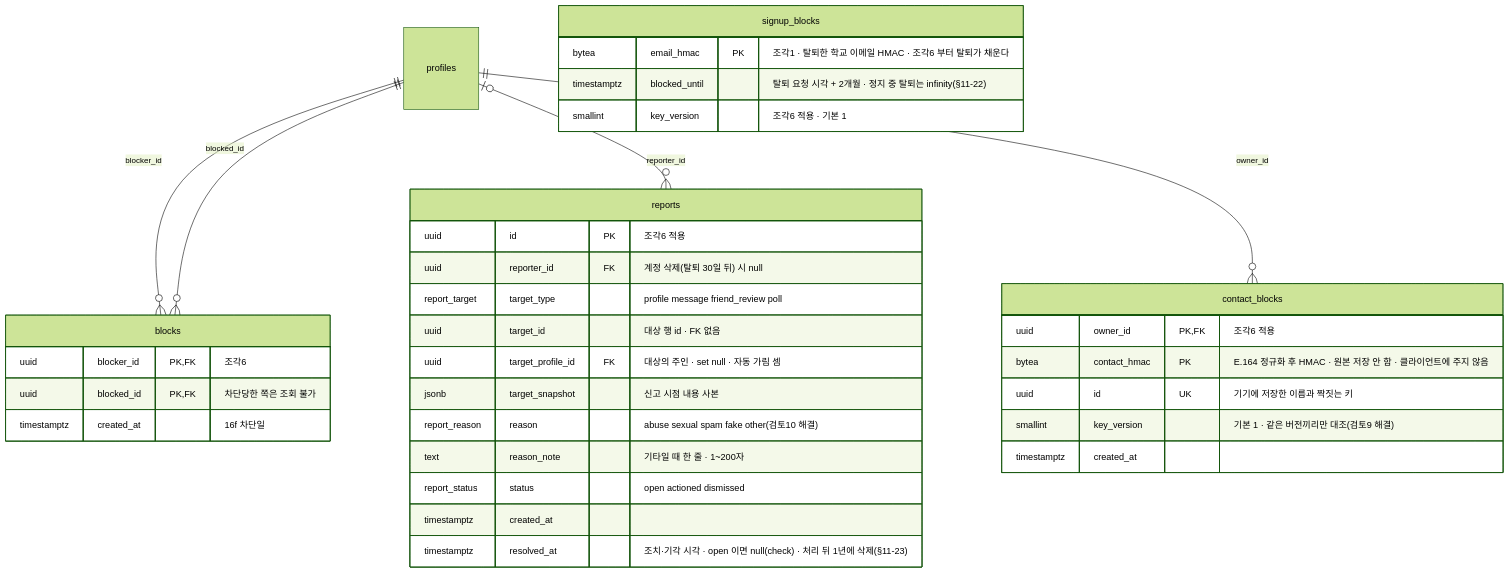
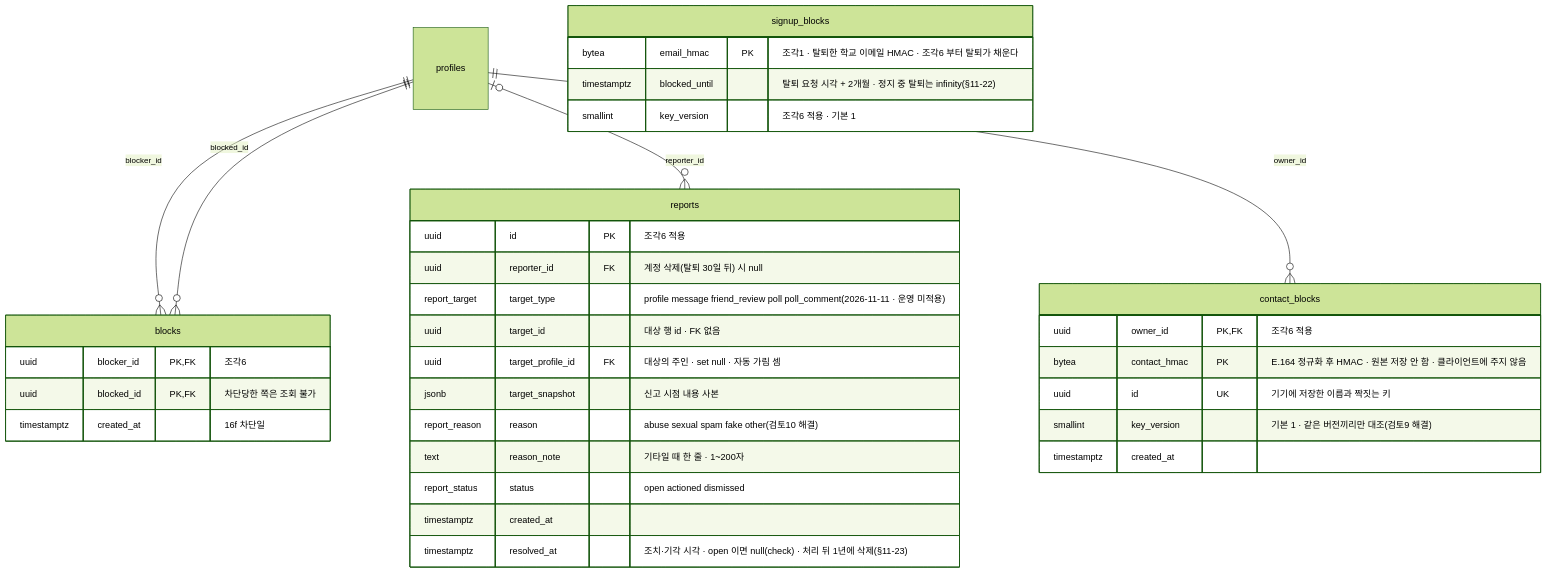
The fourth of 6 diagrams in docs/ERD.md (Ju-unn/Campus_mate_compose), drawn with Mermaid (forest theme) before and after one commit. The commit also changed other lines of this file and 2 other files, not shown here.

First line of the commit message:
📝 docs: ERD · ERD_DECISIONS · SUPABASE 에 문의 · 댓글 · 문자 인증 표와 운영 미적용 상태 반영

````diff
--- a/docs/ERD.md
+++ b/docs/ERD.md
@@ -531,42 +556,42 @@
 ```mermaid
 %%{init: {'er': {'diagramPadding': 40, 'entityPadding': 25}}}%%
 erDiagram
     profiles ||--o{ blocks : "blocker_id"
     profiles ||--o{ blocks : "blocked_id"
     profiles |o--o{ reports : "reporter_id"
     profiles ||--o{ contact_blocks : "owner_id"
 
     blocks {
         uuid blocker_id PK, FK "조각6"
         uuid blocked_id PK, FK "차단당한 쪽은 조회 불가"
         timestamptz created_at "16f 차단일"
     }
 
     reports {
         uuid id PK "조각6 적용"
         uuid reporter_id FK "계정 삭제(탈퇴 30일 뒤) 시 null"
-        report_target target_type "profile message friend_review poll"
+        report_target target_type "profile message friend_review poll poll_comment(2026-11-11 · 운영 미적용)"
         uuid target_id "대상 행 id · FK 없음"
         uuid target_profile_id FK "대상의 주인 · set null · 자동 가림 셈"
         jsonb target_snapshot "신고 시점 내용 사본"
         report_reason reason "abuse sexual spam fake other(검토10 해결)"
         text reason_note "기타일 때 한 줄 · 1~200자"
         report_status status "open actioned dismissed"
         timestamptz created_at
         timestamptz resolved_at "조치·기각 시각 · open 이면 null(check) · 처리 뒤 1년에 삭제(§11-23)"
     }
 
     contact_blocks {
         uuid owner_id PK, FK "조각6 적용"
         bytea contact_hmac PK "E.164 정규화 후 HMAC · 원본 저장 안 함 · 클라이언트에 주지 않음"
         uuid id UK "기기에 저장한 이름과 짝짓는 키"
         smallint key_version "기본 1 · 같은 버전끼리만 대조(검토9 해결)"
         timestamptz created_at
     }
 
     signup_blocks {
         bytea email_hmac PK "조각1 · 탈퇴한 학교 이메일 HMAC · 조각6 부터 탈퇴가 채운다"
         timestamptz blocked_until "탈퇴 요청 시각 + 2개월 · 정지 중 탈퇴는 infinity(§11-22)"
         smallint key_version "조각6 적용 · 기본 1"
     }
 ```
````
